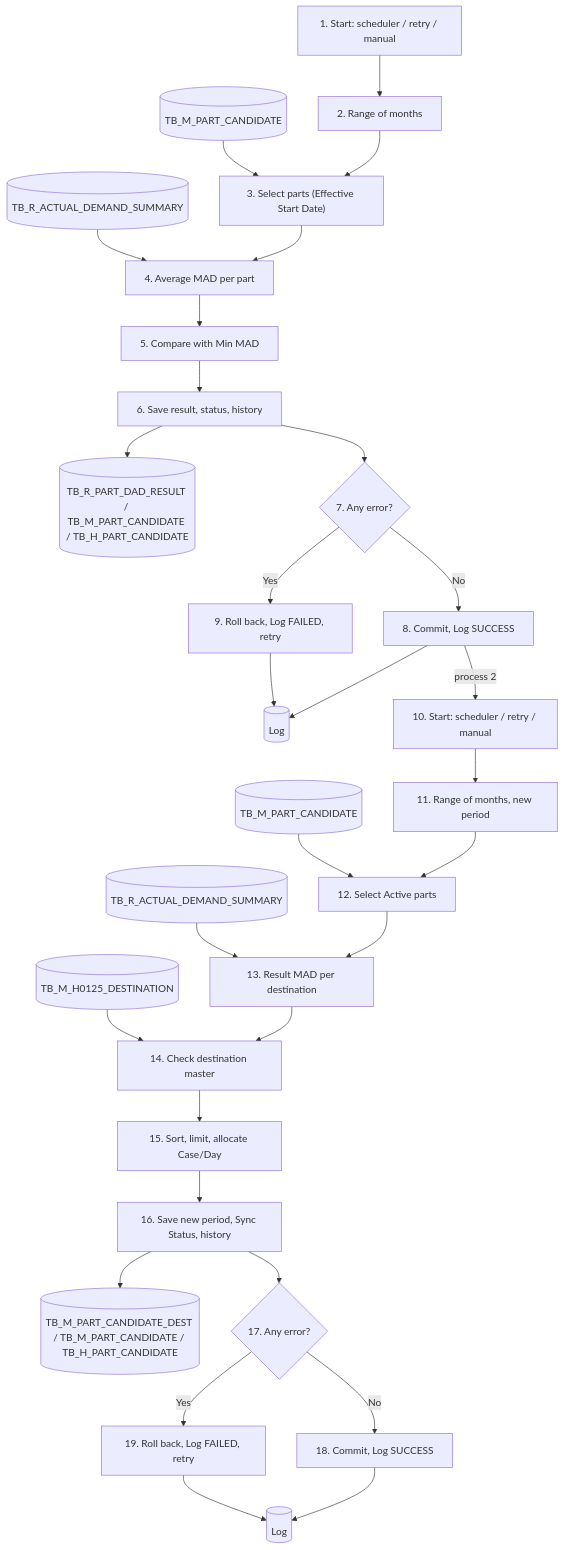
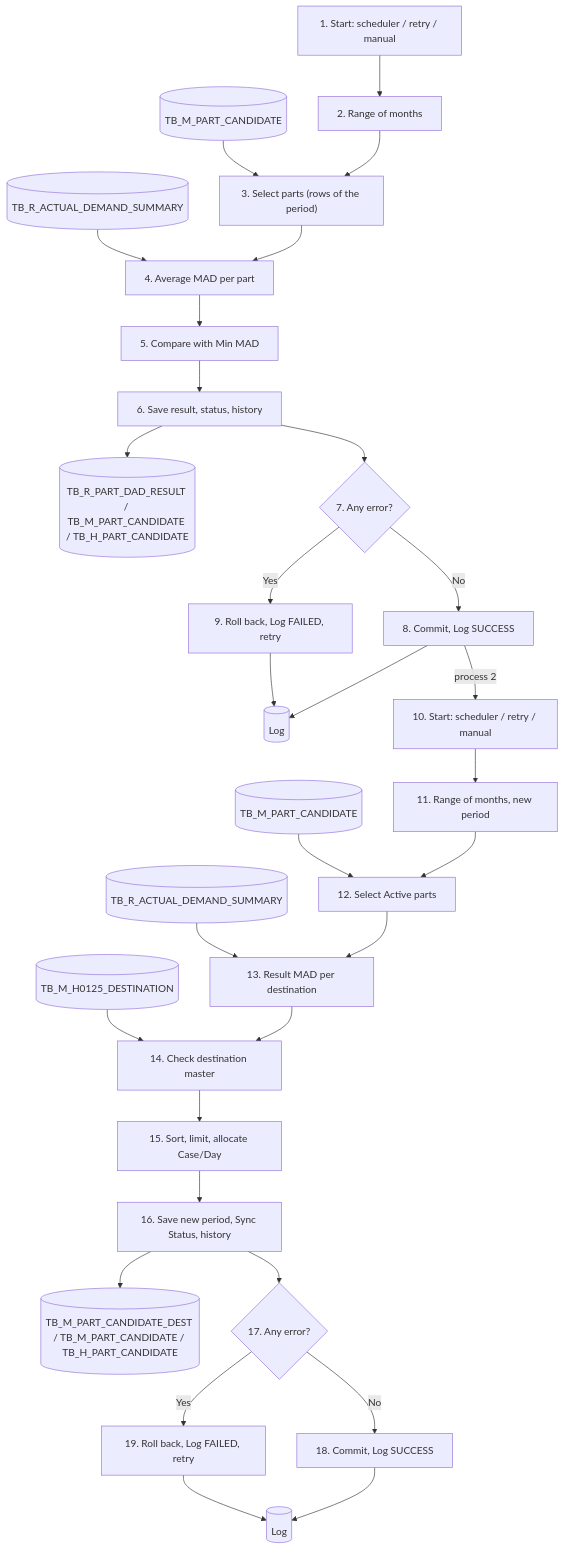
Before and after one commit to ivanrayhannn/crossdockpoc: the second of 2 diagrams in prepare_code/uiss/XD05_Batch_DADVolumeCalculation.md, drawn with Mermaid. The commit also changed other lines of this file and 63 other files, not shown here.

First line of the commit message:
UISS XD01-XD03, XD05-XD07: staging per target, Period, RPA parent flow

````diff
--- a/prepare_code/uiss/XD05_Batch_DADVolumeCalculation.md
+++ b/prepare_code/uiss/XD05_Batch_DADVolumeCalculation.md
@@ -89,60 +90,60 @@
 ```mermaid
 flowchart TB
   a_p1["1. Start: scheduler / retry / manual"]
   a_p2["2. Range of months"]
-  a_p3["3. Select parts (Effective Start Date)"]
+  a_p3["3. Select parts (rows of the period)"]
   a_m[("TB_M_PART_CANDIDATE")]
   a_p4["4. Average MAD per part"]
   a_ads[("TB_R_ACTUAL_DEMAND_SUMMARY")]
   a_p5["5. Compare with Min MAD"]
   a_p6["6. Save result, status, history"]
   a_o[("TB_R_PART_DAD_RESULT / TB_M_PART_CANDIDATE / TB_H_PART_CANDIDATE")]
   a_d{"7. Any error?"}
   a_p8["8. Commit, Log SUCCESS"]
   a_p9["9. Roll back, Log FAILED, retry"]
   a_log[("Log")]
   b_p1["10. Start: scheduler / retry / manual"]
   b_p2["11. Range of months, new period"]
   b_p3["12. Select Active parts"]
   b_m[("TB_M_PART_CANDIDATE")]
   b_p4["13. Result MAD per destination"]
   b_ads[("TB_R_ACTUAL_DEMAND_SUMMARY")]
   b_p5["14. Check destination master"]
   b_dm[("TB_M_H0125_DESTINATION")]
   b_p6["15. Sort, limit, allocate Case/Day"]
   b_p7["16. Save new period, Sync Status, history"]
   b_o[("TB_M_PART_CANDIDATE_DEST / TB_M_PART_CANDIDATE / TB_H_PART_CANDIDATE")]
   b_d{"17. Any error?"}
   b_p9["18. Commit, Log SUCCESS"]
   b_p10["19. Roll back, Log FAILED, retry"]
   b_log[("Log")]
   a_p1 --> a_p2
   a_p2 --> a_p3
   a_m --> a_p3
   a_p3 --> a_p4
   a_ads --> a_p4
   a_p4 --> a_p5
   a_p5 --> a_p6
   a_p6 --> a_o
   a_p6 --> a_d
   a_d -->|No| a_p8
   a_d -->|Yes| a_p9
   a_p8 --> a_log
   a_p9 --> a_log
   a_p8 -->|process 2| b_p1
   b_p1 --> b_p2
   b_p2 --> b_p3
   b_m --> b_p3
   b_p3 --> b_p4
   b_ads --> b_p4
   b_p4 --> b_p5
   b_dm --> b_p5
   b_p5 --> b_p6
   b_p6 --> b_p7
   b_p7 --> b_o
   b_p7 --> b_d
   b_d -->|No| b_p9
   b_d -->|Yes| b_p10
   b_p9 --> b_log
   b_p10 --> b_log
 ```
````
